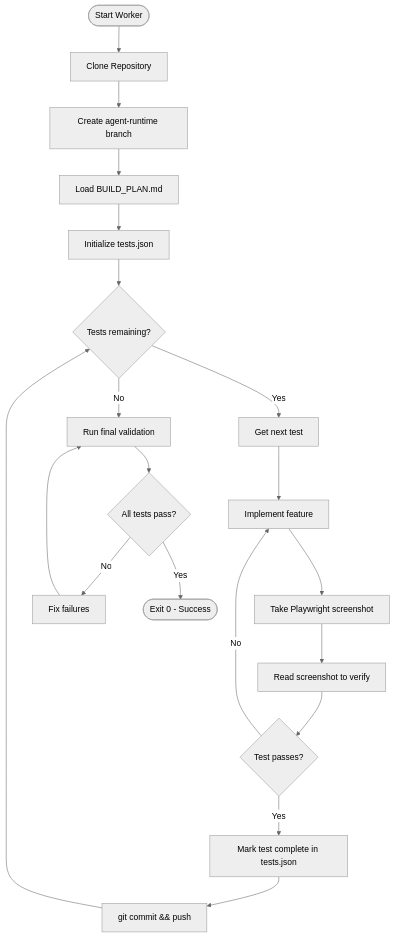
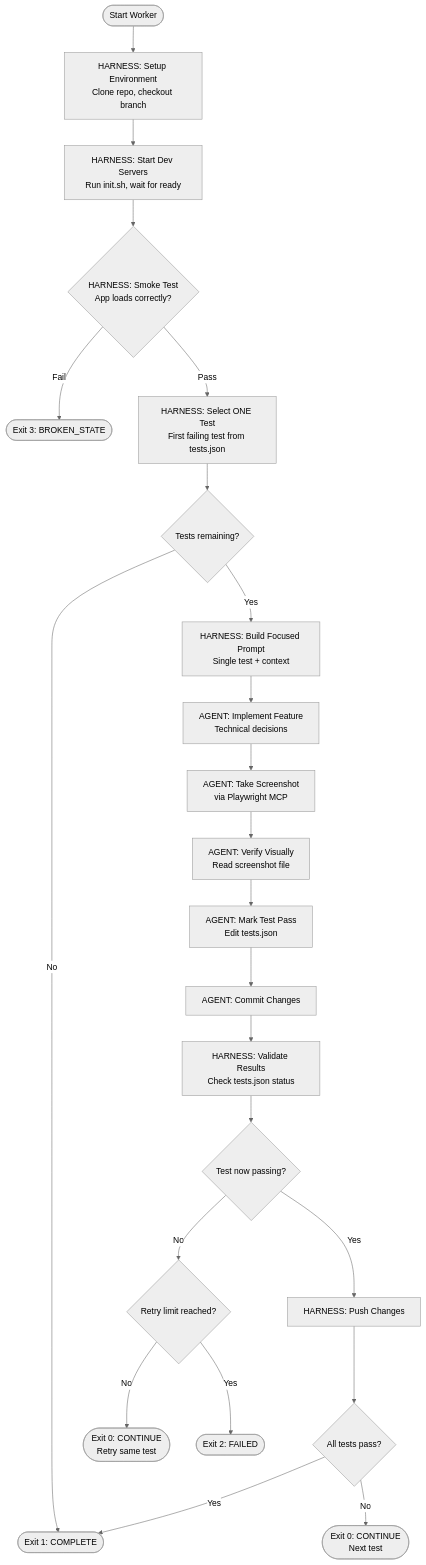
One commit to jawhnycooke/riv2025-long-horizon-coding-agent-demo changed the eighth of 9 diagrams in README.md. Above: the diagram before and after it, drawn with Mermaid (neutral theme). The commit also changed other lines of this file and 7 other files, not shown here.

First line of the commit message:
feat: Implement harness-enforced agent architecture

````diff
--- a/README.md
+++ b/README.md
@@ -129,24 +362,31 @@
 ```mermaid
 flowchart TD
-    Start([Start Worker]) --> Clone[Clone Repository]
-    Clone --> Branch[Create agent-runtime branch]
-    Branch --> LoadPlan[Load BUILD_PLAN.md]
-    LoadPlan --> InitTests[Initialize tests.json]
+    Start([Start Worker]) --> Setup["HARNESS: Setup Environment<br/>Clone repo, checkout branch"]
+    Setup --> Servers["HARNESS: Start Dev Servers<br/>Run init.sh, wait for ready"]
+    Servers --> Smoke{"HARNESS: Smoke Test<br/>App loads correctly?"}
 
-    InitTests --> CheckTests{Tests remaining?}
-    CheckTests -->|Yes| GetTest[Get next test]
-    GetTest --> Implement[Implement feature]
-    Implement --> Screenshot[Take Playwright screenshot]
-    Screenshot --> Verify[Read screenshot to verify]
-    Verify --> TestPass{Test passes?}
-    TestPass -->|No| Implement
-    TestPass -->|Yes| MarkComplete[Mark test complete in tests.json]
-    MarkComplete --> Commit[git commit && push]
-    Commit --> CheckTests
+    Smoke -->|Fail| BrokenState([Exit 3: BROKEN_STATE])
+    Smoke -->|Pass| SelectTest["HARNESS: Select ONE Test<br/>First failing test from tests.json"]
 
-    CheckTests -->|No| FinalValidation[Run final validation]
-    FinalValidation --> AllPass{All tests pass?}
-    AllPass -->|No| FixFailures[Fix failures]
-    FixFailures --> FinalValidation
-    AllPass -->|Yes| Success([Exit 0 - Success])
+    SelectTest --> AnyFailing{"Tests remaining?"}
+    AnyFailing -->|No| Complete([Exit 1: COMPLETE])
+    AnyFailing -->|Yes| BuildPrompt["HARNESS: Build Focused Prompt<br/>Single test + context"]
+
+    BuildPrompt --> Agent["AGENT: Implement Feature<br/>Technical decisions"]
+    Agent --> Screenshot["AGENT: Take Screenshot<br/>via Playwright MCP"]
+    Screenshot --> Verify["AGENT: Verify Visually<br/>Read screenshot file"]
+    Verify --> MarkPass["AGENT: Mark Test Pass<br/>Edit tests.json"]
+    MarkPass --> Commit["AGENT: Commit Changes"]
+
+    Commit --> Validate["HARNESS: Validate Results<br/>Check tests.json status"]
+    Validate --> TestPassed{"Test now passing?"}
+
+    TestPassed -->|No| RetryCheck{"Retry limit reached?"}
+    RetryCheck -->|No| Continue([Exit 0: CONTINUE<br/>Retry same test])
+    RetryCheck -->|Yes| Failed([Exit 2: FAILED])
+
+    TestPassed -->|Yes| Push["HARNESS: Push Changes"]
+    Push --> AllPass{"All tests pass?"}
+    AllPass -->|Yes| Complete
+    AllPass -->|No| Continue2([Exit 0: CONTINUE<br/>Next test])
 ```
````
